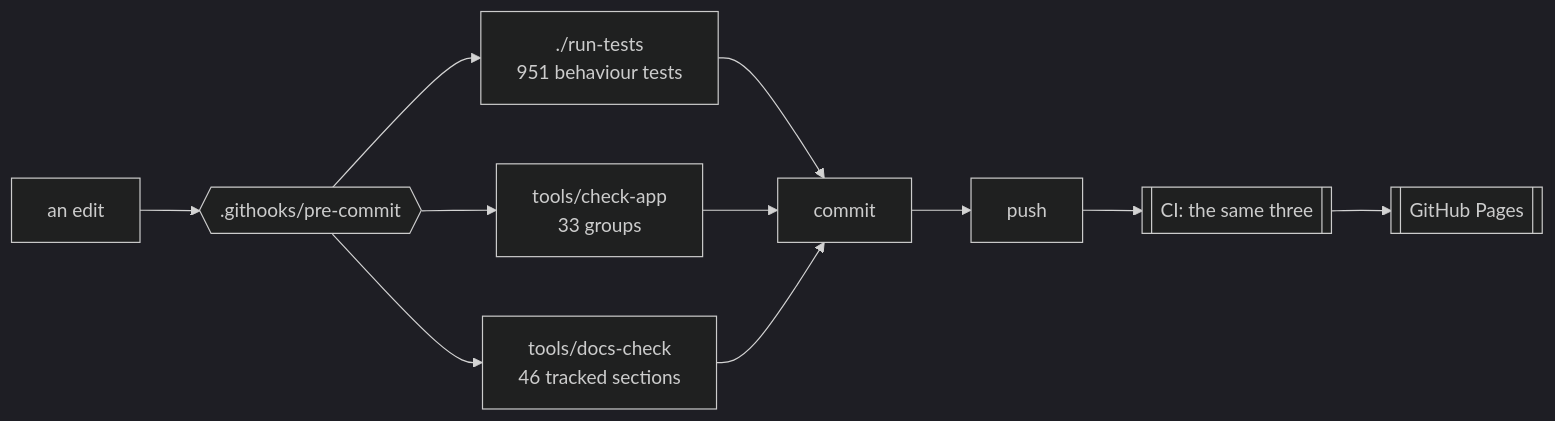
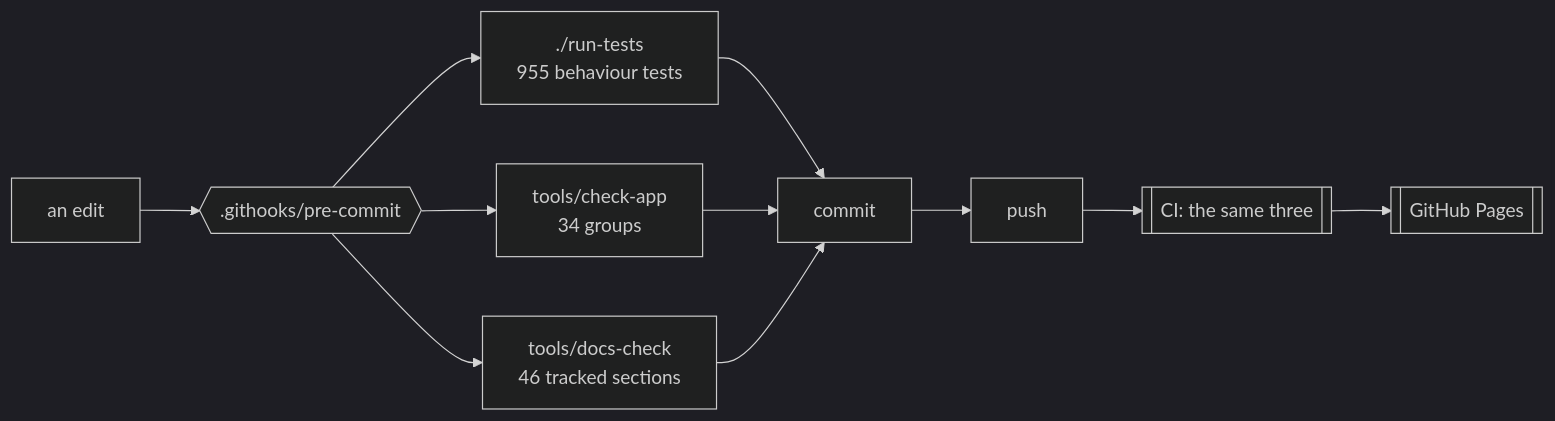
One commit to minormending/crystal-pilot-mobile changed the first of 3 diagrams in docs/DEVELOPING.md. Above: the diagram before and after it, drawn with Mermaid (dark theme). The commit also changed other lines of this file and 13 other files, not shown here.

````diff
--- a/docs/DEVELOPING.md
+++ b/docs/DEVELOPING.md
@@ -15,12 +15,12 @@
 ```mermaid
 flowchart LR
     E[an edit] --> H{{".githooks/pre-commit"}}
-    H --> T["./run-tests<br/>951 behaviour tests"]
-    H --> C["tools/check-app<br/>33 groups"]
+    H --> T["./run-tests<br/>955 behaviour tests"]
+    H --> C["tools/check-app<br/>34 groups"]
     H --> D["tools/docs-check<br/>46 tracked sections"]
     T --> OK[commit]
     C --> OK
     D --> OK
     OK --> P[push] --> CI[["CI: the same three"]]
     CI --> PG[[GitHub Pages]]
 ```
````
